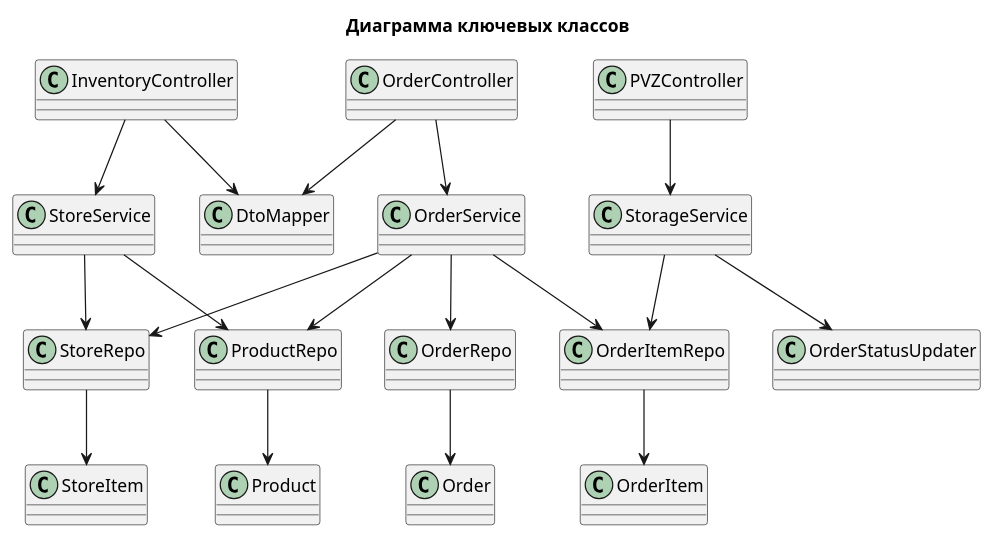
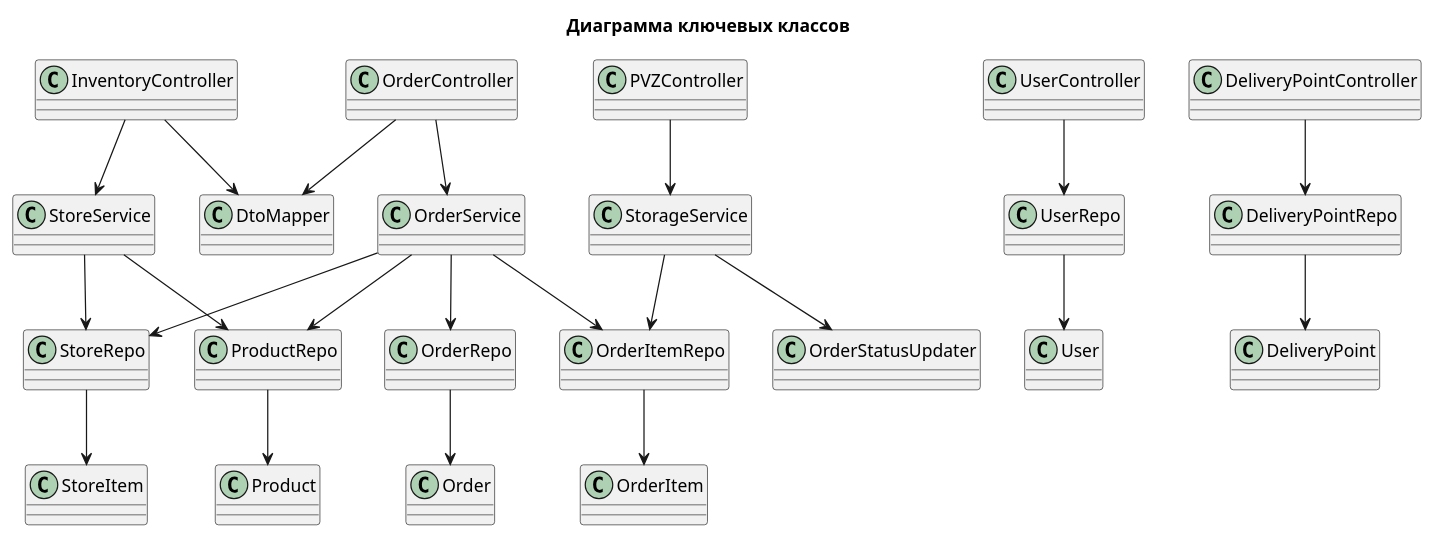
The second of 2 diagrams in docs/отчет.md (GrozniyMax/blss), drawn with PlantUML before and after one commit. The commit also changed other lines of this file, not shown here.

````diff
--- a/docs/отчет.md
+++ b/docs/отчет.md
@@ -38,47 +38,58 @@
 ```plantuml
 @startuml
 title Диаграмма ключевых классов
 
 class InventoryController
 class OrderController
 class PVZController
+class UserController
+class DeliveryPointController
 
 class StoreService
 class OrderService
 class StorageService
 
 class Product
 class StoreItem
 class Order
 class OrderItem
+class User
+class DeliveryPoint
 
 class ProductRepo
 class StoreRepo
 class OrderRepo
 class OrderItemRepo
+class UserRepo
+class DeliveryPointRepo
 
 InventoryController --> StoreService
 InventoryController --> "DtoMapper"
 
 OrderController --> OrderService
 OrderController --> "DtoMapper"
 
 PVZController --> StorageService
+
+UserController --> UserRepo
+DeliveryPointController --> DeliveryPointRepo
 
 StoreService --> ProductRepo
 StoreService --> StoreRepo
 
 OrderService --> ProductRepo
 OrderService --> StoreRepo
 OrderService --> OrderRepo
 OrderService --> OrderItemRepo
 
 StorageService --> OrderItemRepo
 StorageService --> "OrderStatusUpdater"
 
 ProductRepo --> Product
 StoreRepo --> StoreItem
 OrderRepo --> Order
 OrderItemRepo --> OrderItem
+UserRepo --> User
+DeliveryPointRepo --> DeliveryPoint
 @enduml
 ```
````
